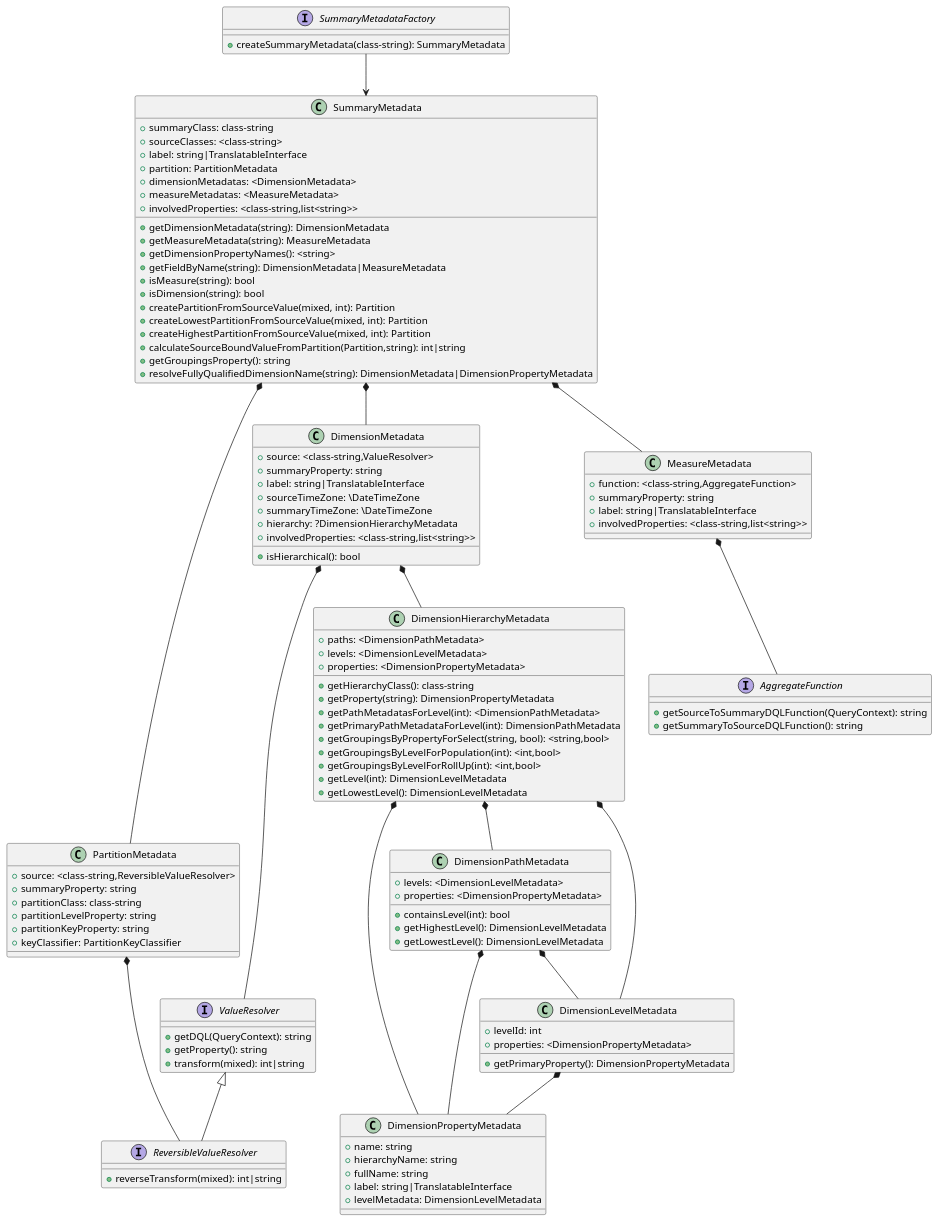
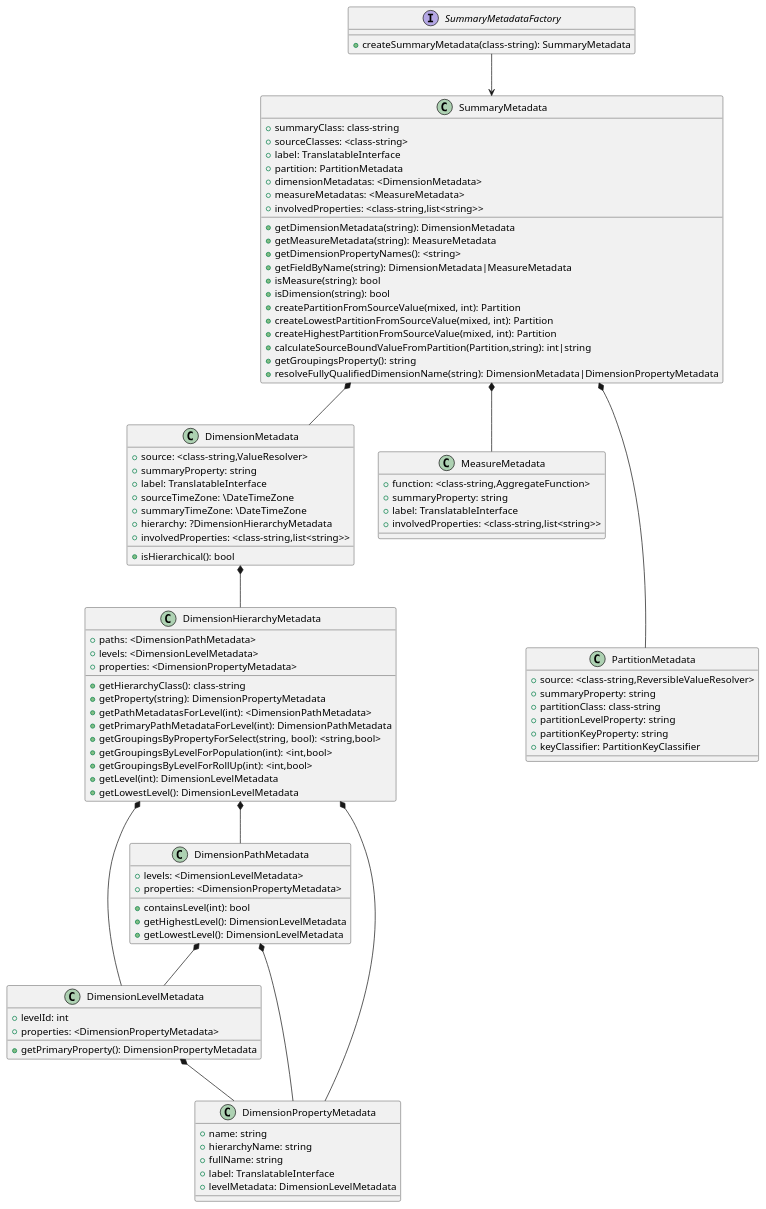
Before and after one commit to rekalogika/analytics: the diagram in docs/metadata.wsd, drawn with PlantUML. The commit also changed 8 other files, not shown here.

Commit message:
refactor: change string|TranslatableInterface to just TranslatableInterface

```diff
--- a/docs/metadata.wsd
+++ b/docs/metadata.wsd
@@ -1,131 +1,110 @@
 @startuml summary_metadata
 
 interface SummaryMetadataFactory {
     +createSummaryMetadata(class-string): SummaryMetadata
 }
 
 SummaryMetadataFactory --> SummaryMetadata
 
 class SummaryMetadata {
     +summaryClass: class-string
     +sourceClasses: <class-string>
-    +label: string|TranslatableInterface
+    +label: TranslatableInterface
     +partition: PartitionMetadata
     +dimensionMetadatas: <DimensionMetadata>
     +measureMetadatas: <MeasureMetadata>
     +getDimensionMetadata(string): DimensionMetadata
     +getMeasureMetadata(string): MeasureMetadata
     +getDimensionPropertyNames(): <string>
     +getFieldByName(string): DimensionMetadata|MeasureMetadata
     +isMeasure(string): bool
     +isDimension(string): bool
     +createPartitionFromSourceValue(mixed, int): Partition
     +createLowestPartitionFromSourceValue(mixed, int): Partition
     +createHighestPartitionFromSourceValue(mixed, int): Partition
     +calculateSourceBoundValueFromPartition(Partition,string): int|string
     +getGroupingsProperty(): string
     +involvedProperties: <class-string,list<string>>
     +resolveFullyQualifiedDimensionName(string): DimensionMetadata|DimensionPropertyMetadata
 }
 
 SummaryMetadata *-- DimensionMetadata
 SummaryMetadata *-- MeasureMetadata
-SummaryMetadata *---- PartitionMetadata
+SummaryMetadata *--- PartitionMetadata
 
 class DimensionMetadata {
     +source: <class-string,ValueResolver>
     +summaryProperty: string
-    +label: string|TranslatableInterface
+    +label: TranslatableInterface
     +sourceTimeZone: \DateTimeZone
     +summaryTimeZone: \DateTimeZone
     +hierarchy: ?DimensionHierarchyMetadata
     +involvedProperties: <class-string,list<string>>
     +isHierarchical(): bool
 }
 
-DimensionMetadata *-- ValueResolver
 DimensionMetadata *-- DimensionHierarchyMetadata
 
 class PartitionMetadata {
     +source: <class-string,ReversibleValueResolver>
     +summaryProperty: string
     +partitionClass: class-string
     +partitionLevelProperty: string
     +partitionKeyProperty: string
     +keyClassifier: PartitionKeyClassifier
 }
 
-PartitionMetadata *--- ReversibleValueResolver
-
 class MeasureMetadata {
     +function: <class-string,AggregateFunction>
     +summaryProperty: string
-    +label: string|TranslatableInterface
+    +label: TranslatableInterface
     +involvedProperties: <class-string,list<string>>
-}
-
-MeasureMetadata *-- AggregateFunction
-
-interface ValueResolver {
-    +getDQL(QueryContext): string
-    +getProperty(): string
-    +transform(mixed): int|string
-}
-
-interface ReversibleValueResolver extends ValueResolver {
-    +reverseTransform(mixed): int|string
 }
 
 class DimensionHierarchyMetadata {
     +paths: <DimensionPathMetadata>
     +levels: <DimensionLevelMetadata>
     +properties: <DimensionPropertyMetadata>
     +getHierarchyClass(): class-string
     +getProperty(string): DimensionPropertyMetadata
     +getPathMetadatasForLevel(int): <DimensionPathMetadata>
     +getPrimaryPathMetadataForLevel(int): DimensionPathMetadata
     +getGroupingsByPropertyForSelect(string, bool): <string,bool>
     +getGroupingsByLevelForPopulation(int): <int,bool>
     +getGroupingsByLevelForRollUp(int): <int,bool>
     +getLevel(int): DimensionLevelMetadata
     +getLowestLevel(): DimensionLevelMetadata
 }
 
 DimensionHierarchyMetadata *-- DimensionPathMetadata
 DimensionHierarchyMetadata *-- DimensionLevelMetadata
 DimensionHierarchyMetadata *-- DimensionPropertyMetadata
 
 class DimensionPathMetadata {
     +levels: <DimensionLevelMetadata>
     +properties: <DimensionPropertyMetadata>
     +containsLevel(int): bool
     +getHighestLevel(): DimensionLevelMetadata
     +getLowestLevel(): DimensionLevelMetadata
 }
 
 DimensionPathMetadata *-- DimensionLevelMetadata
 DimensionPathMetadata *-- DimensionPropertyMetadata
 
 class DimensionLevelMetadata {
     +levelId: int
     +properties: <DimensionPropertyMetadata>
     +getPrimaryProperty(): DimensionPropertyMetadata
 }
 
 DimensionLevelMetadata *-- DimensionPropertyMetadata
 
 class DimensionPropertyMetadata {
     +name: string
     +hierarchyName: string
     +fullName: string
-    +label: string|TranslatableInterface
+    +label: TranslatableInterface
     +levelMetadata: DimensionLevelMetadata
 }
 
-interface AggregateFunction {
-    +getSourceToSummaryDQLFunction(QueryContext): string
-    +getSummaryToSourceDQLFunction(): string
-}
-
-
 @enduml
```
